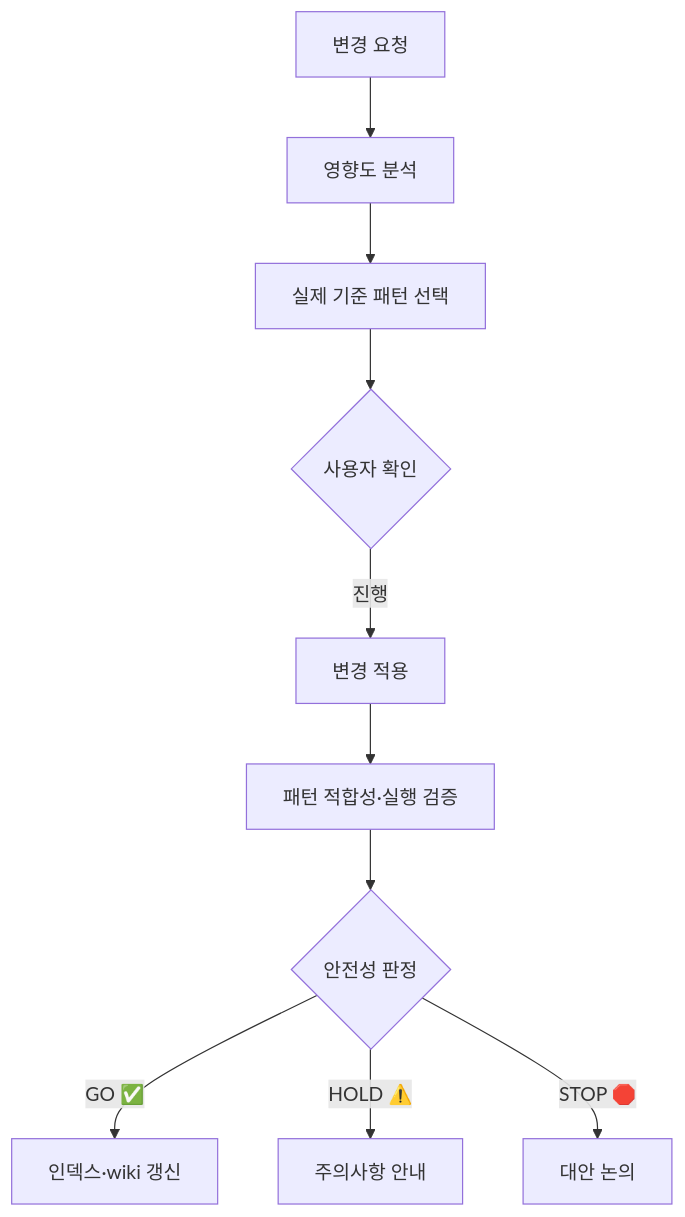
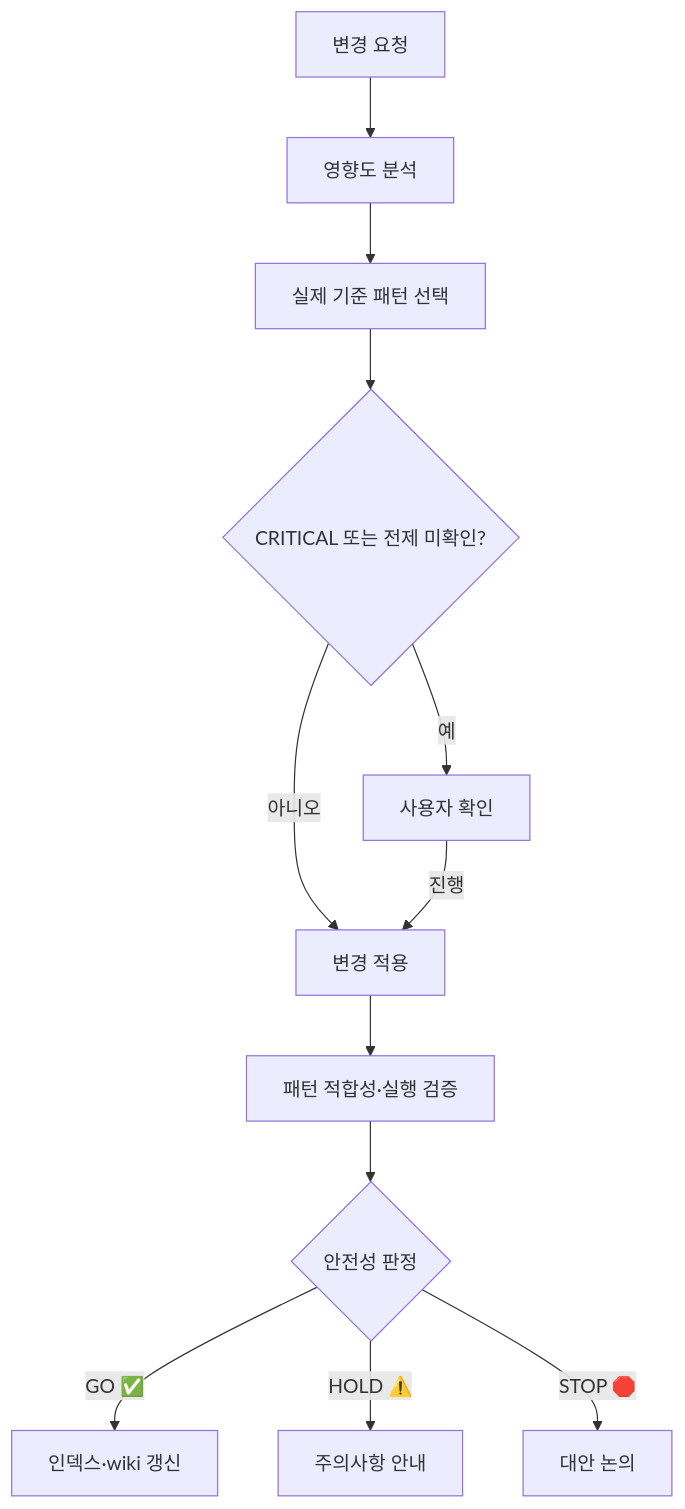
The second of 3 diagrams in docs/user-guide.md (Malburi/AX-NAVI-CLI), drawn with Mermaid before and after one commit. The commit also changed other lines of this file and 28 other files, not shown here.

````diff
--- a/docs/user-guide.md
+++ b/docs/user-guide.md
@@ -295,12 +295,14 @@
 ```mermaid
 flowchart TD
     A[변경 요청] --> B[영향도 분석]
     B --> C[실제 기준 패턴 선택]
-    C --> D{사용자 확인}
-    D -->|진행| E[변경 적용]
+    C --> D{CRITICAL 또는 전제 미확인?}
+    D -->|아니오| E[변경 적용]
+    D -->|예| K[사용자 확인]
+    K -->|진행| E
     E --> F[패턴 적합성·실행 검증]
     F --> G{안전성 판정}
     G -->|GO ✅| H[인덱스·wiki 갱신]
     G -->|HOLD ⚠️| I[주의사항 안내]
     G -->|STOP 🛑| J[대안 논의]
 ```
````
